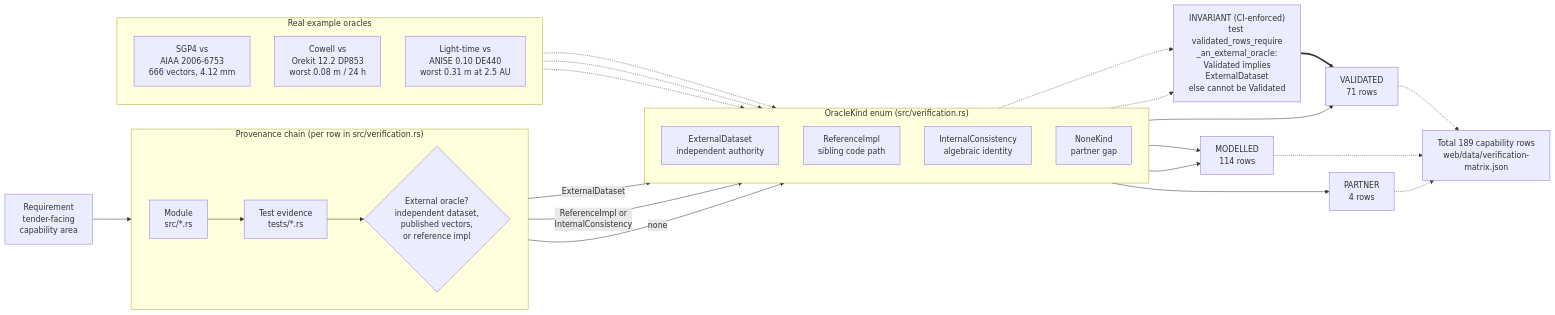
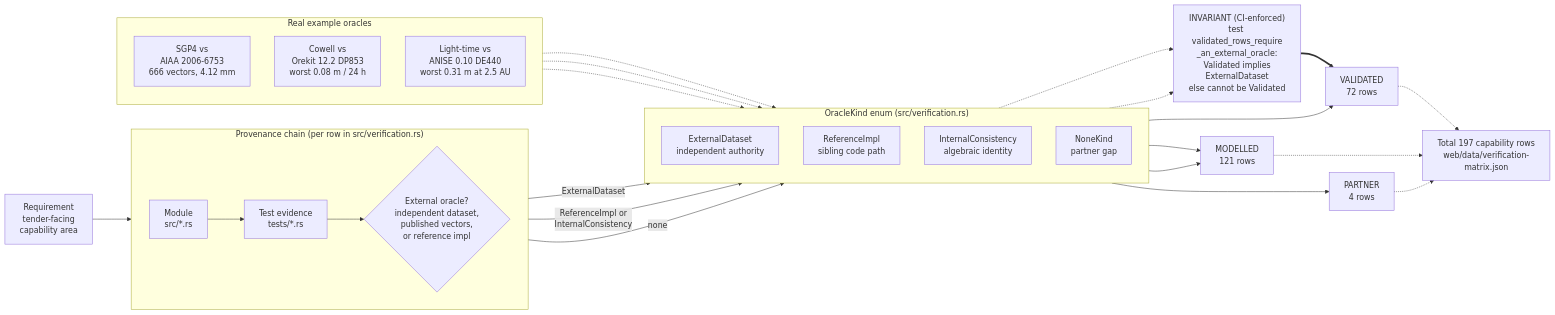
The diagram in docs/diagrams/validation-provenance.mmd (ashfordeOU/kshana), drawn with Mermaid before and after one commit. The commit also changed 62 other files, not shown here.

```diff
--- a/docs/diagrams/validation-provenance.mmd
+++ b/docs/diagrams/validation-provenance.mmd
@@ -1,49 +1,49 @@
 flowchart LR
     REQ["Requirement<br/>tender-facing<br/>capability area"]
 
     subgraph CHAIN["Provenance chain (per row in src/verification.rs)"]
         direction LR
         MOD["Module<br/>src/*.rs"]
         TST["Test evidence<br/>tests/*.rs"]
         ORA{"External oracle?<br/>independent dataset,<br/>published vectors,<br/>or reference impl"}
     end
 
     REQ --> MOD --> TST --> ORA
 
     subgraph KINDS["OracleKind enum (src/verification.rs)"]
         direction TD
         EXT["ExternalDataset<br/>independent authority"]
         REF["ReferenceImpl<br/>sibling code path"]
         INT["InternalConsistency<br/>algebraic identity"]
         NON["NoneKind<br/>partner gap"]
     end
 
     ORA -->|ExternalDataset| EXT
     ORA -->|"ReferenceImpl or<br/>InternalConsistency"| INT
     ORA -->|none| NON
 
     GUARD["INVARIANT (CI-enforced)<br/>test validated_rows_require<br/>_an_external_oracle:<br/>Validated implies<br/>ExternalDataset<br/>else cannot be Validated"]
     EXT -.-> GUARD
     INT -.-> GUARD
 
-    EXT --> VAL["VALIDATED<br/>71 rows"]
-    REF --> MDL["MODELLED<br/>114 rows"]
+    EXT --> VAL["VALIDATED<br/>72 rows"]
+    REF --> MDL["MODELLED<br/>121 rows"]
     INT --> MDL
     NON --> PRT["PARTNER<br/>4 rows"]
     GUARD ==> VAL
 
     subgraph EX["Real example oracles"]
         direction TD
         E1["SGP4 vs<br/>AIAA 2006-6753<br/>666 vectors, 4.12 mm"]
         E2["Cowell vs<br/>Orekit 12.2 DP853<br/>worst 0.08 m / 24 h"]
         E3["Light-time vs<br/>ANISE 0.10 DE440<br/>worst 0.31 m at 2.5 AU"]
     end
 
     E1 -.-> EXT
     E2 -.-> EXT
     E3 -.-> EXT
 
-    TOTAL["Total 189 capability rows<br/>web/data/verification-matrix.json"]
+    TOTAL["Total 197 capability rows<br/>web/data/verification-matrix.json"]
     VAL -.-> TOTAL
     MDL -.-> TOTAL
     PRT -.-> TOTAL
```
